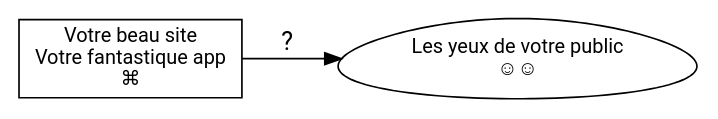
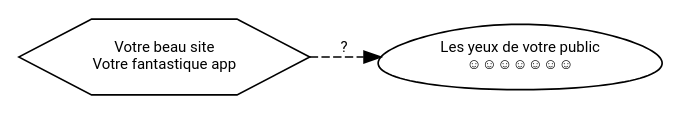
One commit to maelle/rr2018 changed the diagram in poster/problem.gv. Above: the diagram before and after it, drawn with Graphviz. The commit also changed 3 other files, not shown here.

```diff
--- a/poster/problem.gv
+++ b/poster/problem.gv
@@ -1,10 +1,10 @@
 digraph {
   rankdir="LR"
 
-  // square brackets hold attributes
-  A [ label="Votre beau site\n Votre fantastique app\n &#8984;" shape="box" fontsize = "12" fontname = "Roboto"]
-  B [ label="Les yeux de votre public\n &#9786;&#9786;" fontsize = "12" fontname = "Roboto" shape = "egg"]
+  // nodes
+  A [ label="Votre beau site\n Votre fantastique app" shape="hexagon" fontsize = "9" fontname = "Roboto"]
+  B [ label="Les yeux de votre public\n &#9786;&#9786;&#9786;&#9786;&#9786;&#9786;&#9786;" fontsize = "9" fontname = "Roboto" shape = "egg"]
 
-  // edges have attributes too
-  A -> B [ label = "  ?  " fontsize = "15" fontname = "Roboto"]
+  // edge
+  A -> B [ label = "?" fontsize = "9" fontname = "Roboto" style = "dashed"]
 }
```
